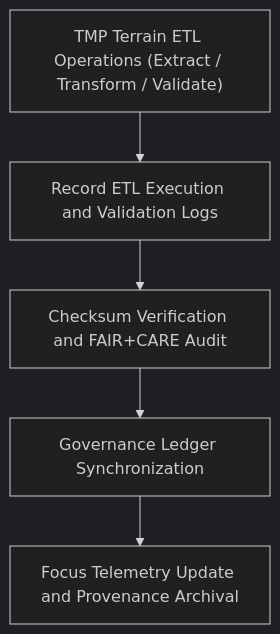
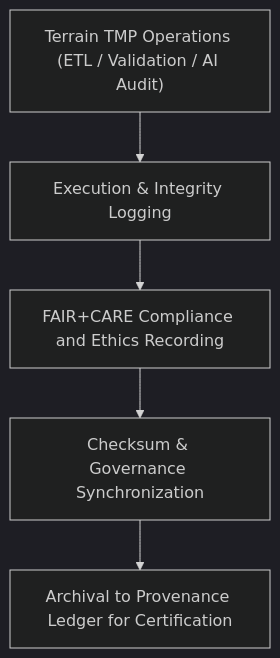
One commit to bartytime4life/Kansas-Frontier-Matrix changed the diagram in data/work/tmp/terrain/logs/README.md. Above: the diagram before and after it, drawn with Mermaid (dark theme). The commit also changed other lines of this file, not shown here.

Commit message:
Update README for terrain logs to v9.6.0

````diff
--- a/data/work/tmp/terrain/logs/README.md
+++ b/data/work/tmp/terrain/logs/README.md
@@ -68,7 +63,7 @@
 ```mermaid
 flowchart TD
-    A["TMP Terrain ETL Operations (Extract / Transform / Validate)"] --> B["Record ETL Execution and Validation Logs"]
-    B --> C["Checksum Verification and FAIR+CARE Audit"]
-    C --> D["Governance Ledger Synchronization"]
-    D --> E["Focus Telemetry Update and Provenance Archival"]
+    A["Terrain TMP Operations (ETL / Validation / AI Audit)"] --> B["Execution & Integrity Logging"]
+    B --> C["FAIR+CARE Compliance and Ethics Recording"]
+    C --> D["Checksum & Governance Synchronization"]
+    D --> E["Archival to Provenance Ledger for Certification"]
 ```
````
